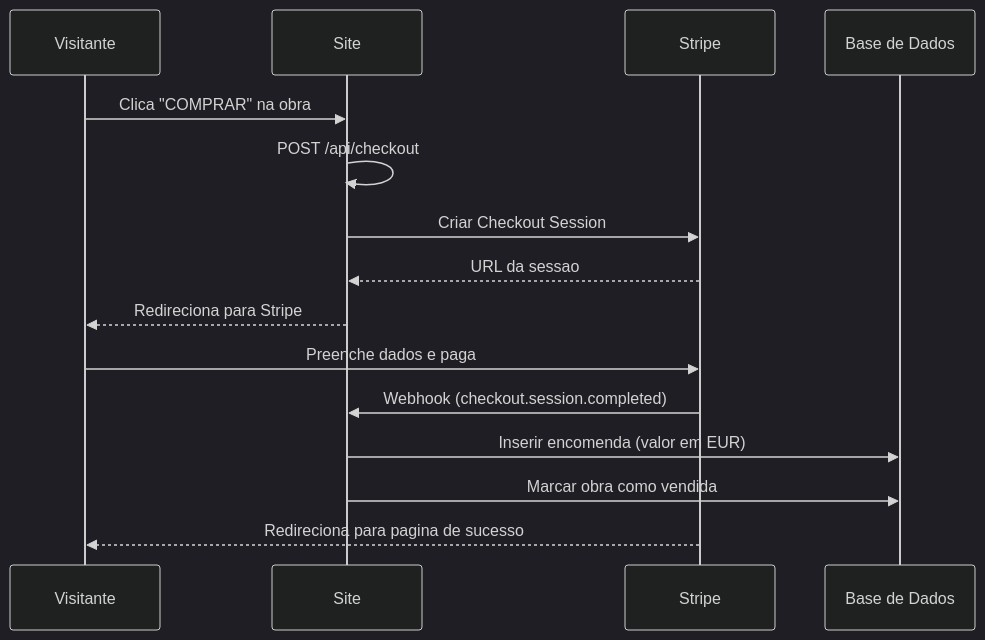
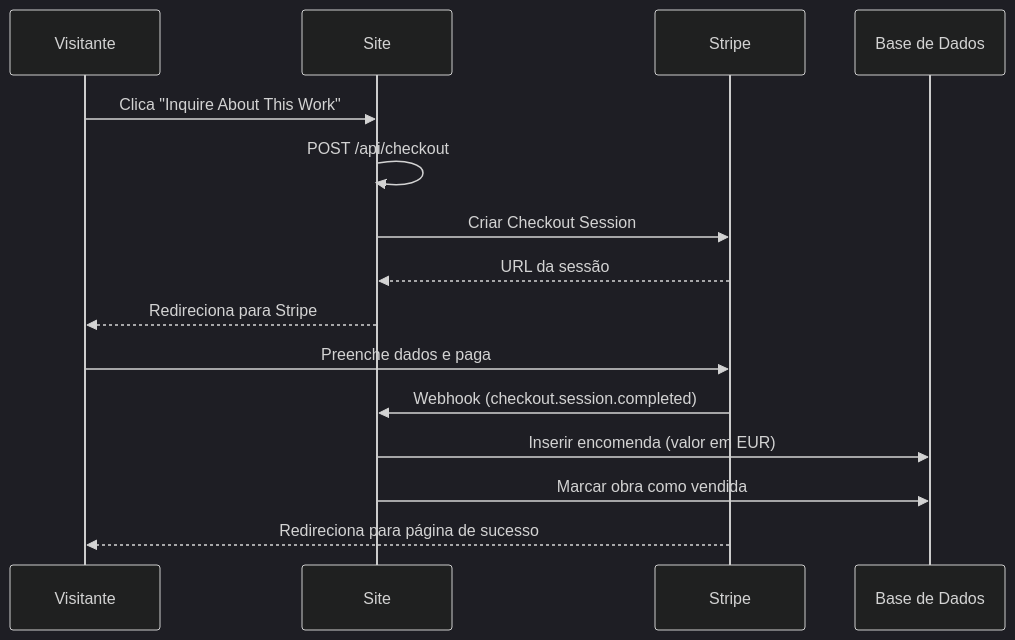
One commit to elbarroca/soraia_web changed the fourth of 4 diagrams in README.md. Above: the diagram before and after it, drawn with Mermaid (dark theme). The commit also changed other lines of this file and 39 other files, not shown here.

````diff
--- a/README.md
+++ b/README.md
@@ -451,19 +485,19 @@
 ```mermaid
 sequenceDiagram
     participant V as Visitante
     participant S as Site
     participant St as Stripe
     participant DB as Base de Dados
 
-    V->>S: Clica "COMPRAR" na obra
+    V->>S: Clica "Inquire About This Work"
     S->>S: POST /api/checkout
     S->>St: Criar Checkout Session
-    St-->>S: URL da sessao
+    St-->>S: URL da sessão
     S-->>V: Redireciona para Stripe
 
     V->>St: Preenche dados e paga
     St->>S: Webhook (checkout.session.completed)
     S->>DB: Inserir encomenda (valor em EUR)
     S->>DB: Marcar obra como vendida
-    St-->>V: Redireciona para pagina de sucesso
+    St-->>V: Redireciona para página de sucesso
 ```
````
